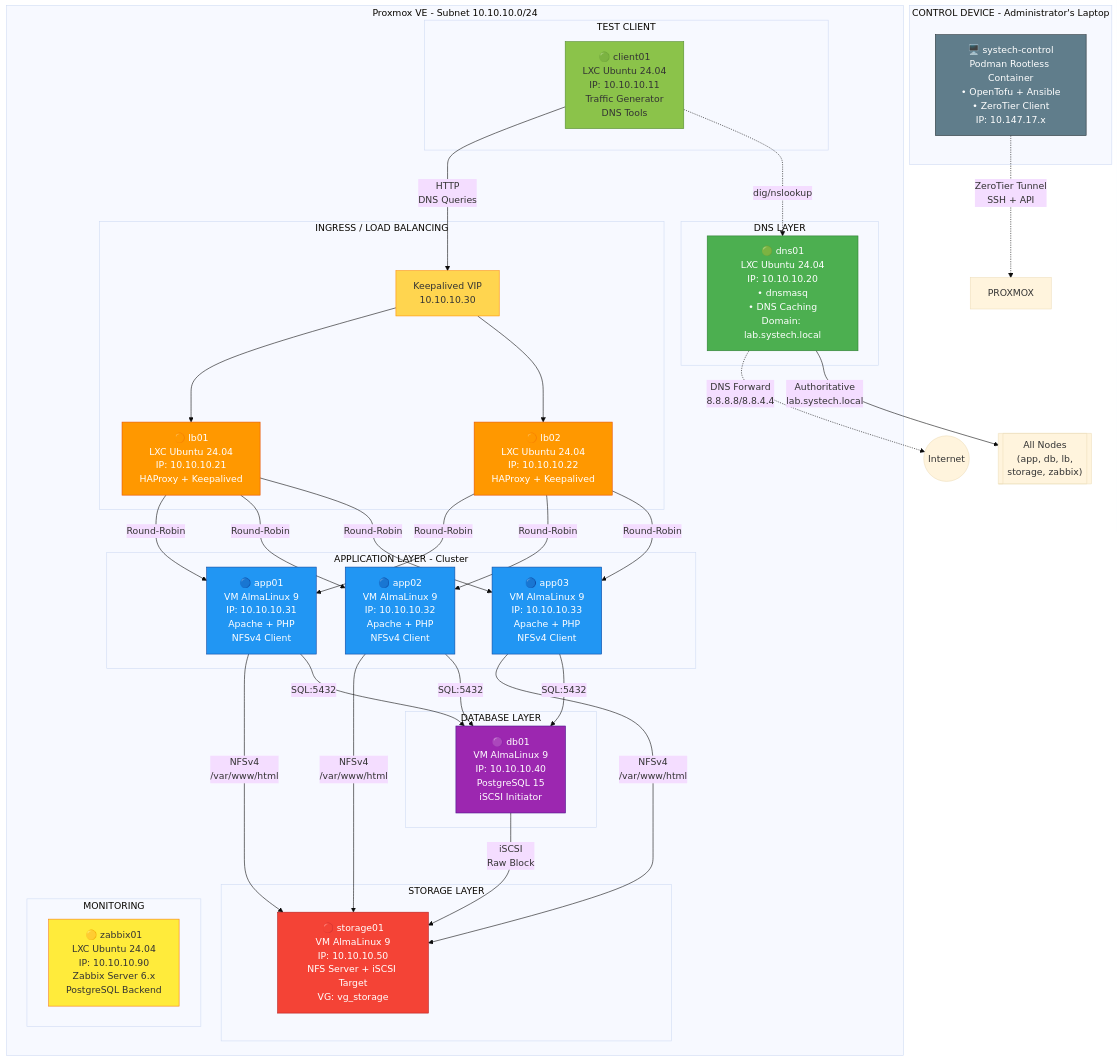
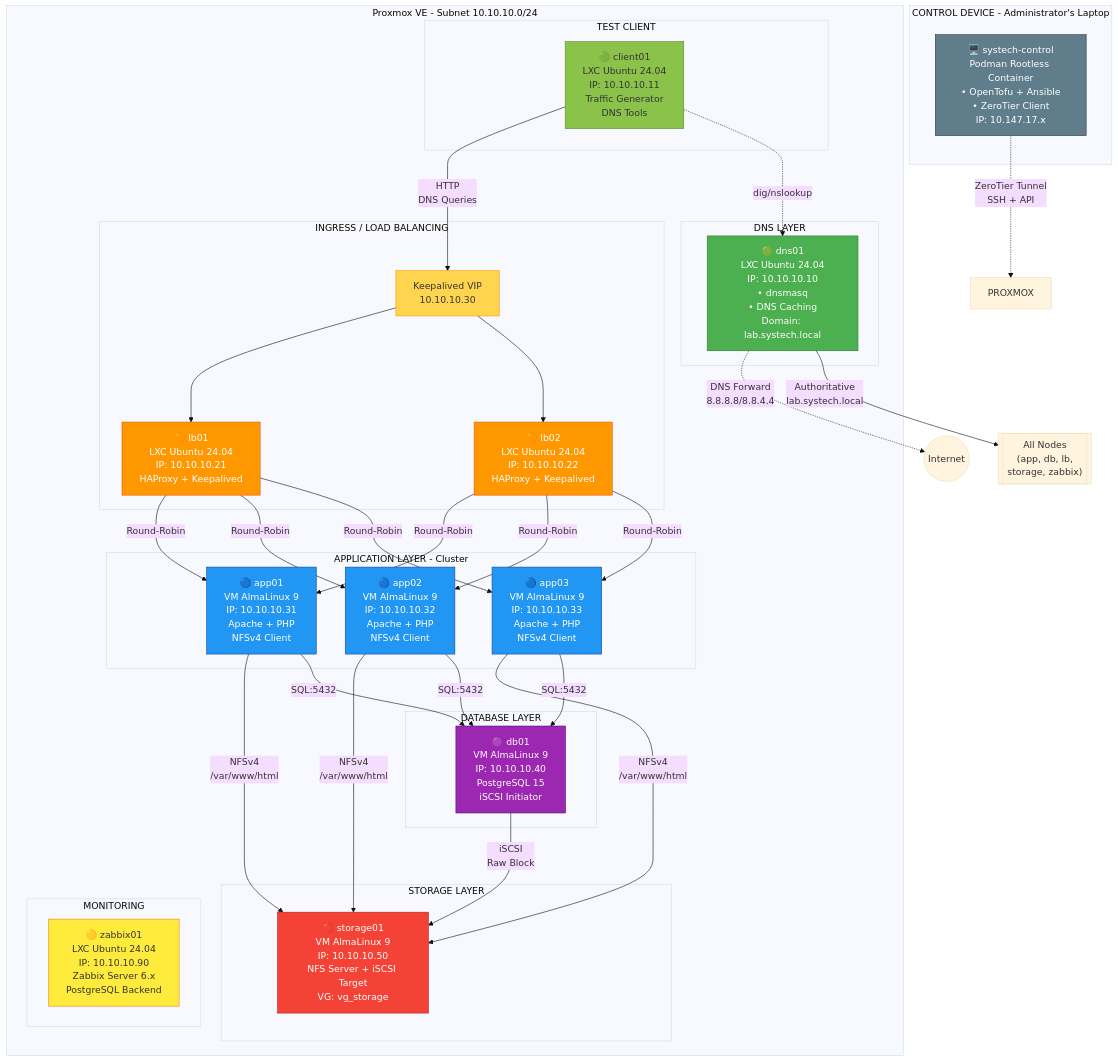
The first of 2 diagrams in SYSTECH-HA-001—Enterprise_Linux_HA_Infrastructure/ansible/roles/role_systech_infra/tasks/dns/README.md (jensygomez/Labs), drawn with Mermaid (base theme) before and after one commit. The commit also changed other lines of this file and 9 other files, not shown here.

```diff
--- a/SYSTECH-HA-001—Enterprise_Linux_HA_Infrastructure/ansible/roles/role_systech_infra/tasks/dns/README.md
+++ b/SYSTECH-HA-001—Enterprise_Linux_HA_Infrastructure/ansible/roles/role_systech_infra/tasks/dns/README.md
@@ -15,7 +15,7 @@
     subgraph "Proxmox VE - Subnet 10.10.10.0/24"
         
         subgraph "DNS LAYER"
-            DNS01["🟢 dns01<br/>LXC Ubuntu 24.04<br/>IP: 10.10.10.20<br/>• dnsmasq<br/>• DNS Caching<br/>Domain: lab.systech.local"]
+            DNS01["🟢 dns01<br/>LXC Ubuntu 24.04<br/>IP: 10.10.10.10<br/>• dnsmasq<br/>• DNS Caching<br/>Domain: lab.systech.local"]
         end
 
         subgraph "INGRESS / LOAD BALANCING"
```
